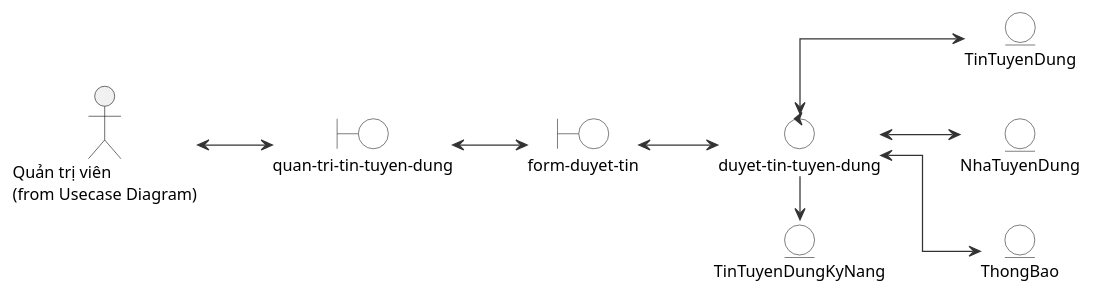
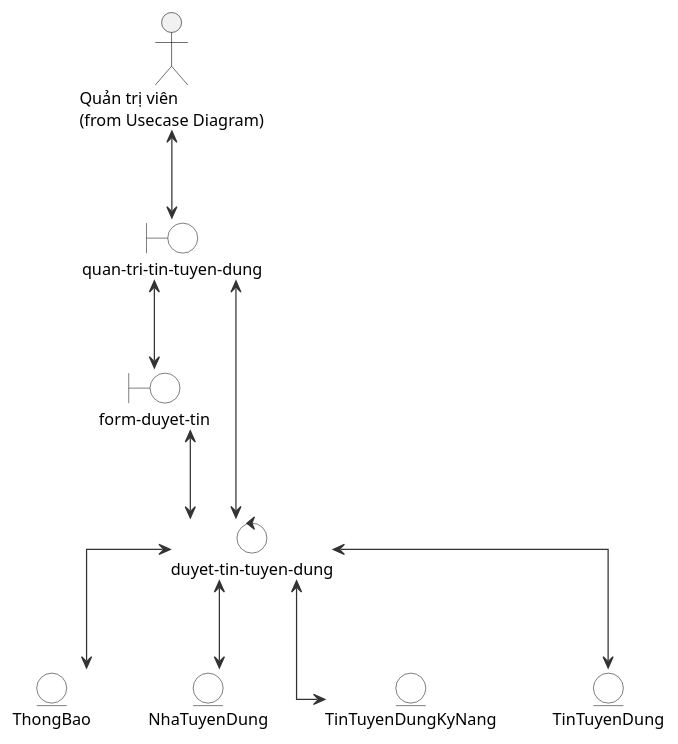
Before and after one commit to hole-six/DoAn: the diagram in docs/so-do/04-robustness/22-robustness-duyet-tin-tuyen-dung.puml, drawn with PlantUML. The commit also changed 86 other files, not shown here.

```diff
--- a/docs/so-do/04-robustness/22-robustness-duyet-tin-tuyen-dung.puml
+++ b/docs/so-do/04-robustness/22-robustness-duyet-tin-tuyen-dung.puml
@@ -1,41 +1,60 @@
 @startuml
 skinparam defaultFontName "Segoe UI"
 skinparam defaultFontSize 13
 skinparam shadowing false
 skinparam linetype ortho
-left to right direction
+skinparam nodesep 45
+skinparam ranksep 70
+top to bottom direction
 skinparam actorStyle stick
 skinparam roundcorner 8
 skinparam ArrowColor #333333
 skinparam rectangleBorderColor #333333
 skinparam boundary {
   BackgroundColor White
   BorderColor #333333
 }
 skinparam control {
   BackgroundColor White
   BorderColor #333333
 }
 skinparam entity {
   BackgroundColor White
   BorderColor #333333
 }
 
 actor "Quản trị viên\n(from Usecase Diagram)" as Actor
-boundary "quan-tri-tin-tuyen-dung" as UI
-boundary "form-duyet-tin" as Form
-control "duyet-tin-tuyen-dung" as Controller
 
-entity "TinTuyenDung" as MainEntity
-entity "NhaTuyenDung" as E1
-entity "ThongBao" as E2
+' ── Lớp boundary (màn hình) ──
+together {
+  boundary "quan-tri-tin-tuyen-dung" as UI
+  boundary "form-duyet-tin" as Form
+}
 
+' ── Lớp control (xử lý) ──
+together {
+  control "duyet-tin-tuyen-dung" as Controller
+}
+
+' ── Lớp entity (dữ liệu) ──
+together {
+  entity "TinTuyenDung" as TinTuyenDung
+  entity "TinTuyenDungKyNang" as TinTuyenDungKyNang
+  entity "NhaTuyenDung" as NhaTuyenDung
+  entity "ThongBao" as ThongBao
+}
+
+' ── Quan hệ actor ↔ boundary ──
 Actor <--> UI
+
+' ── boundary ↔ boundary / control ──
 UI <--> Form
+UI <--> Controller
 Form <--> Controller
-Controller <--> MainEntity
-Controller <--> E1
-Controller <--> E2
-entity "TinTuyenDungKyNang" as TinTuyenDungKyNang
-Controller -right-> TinTuyenDungKyNang
+
+' ── control ↔ entity ──
+Controller <--> TinTuyenDung
+Controller <--> TinTuyenDungKyNang
+Controller <--> NhaTuyenDung
+Controller <--> ThongBao
 @enduml
```
